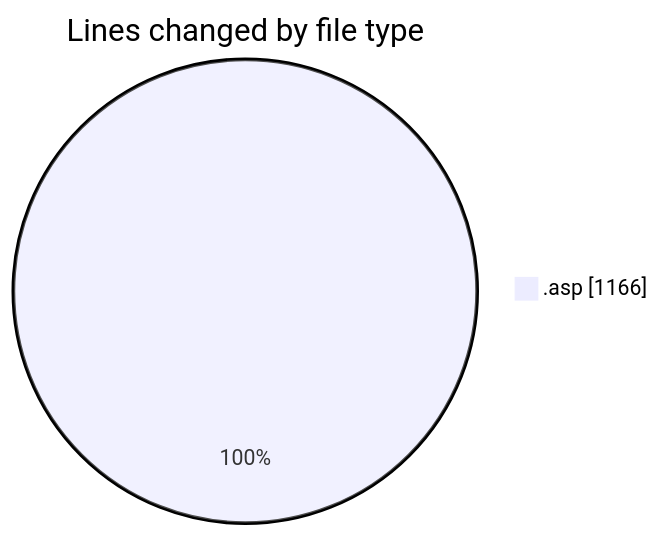
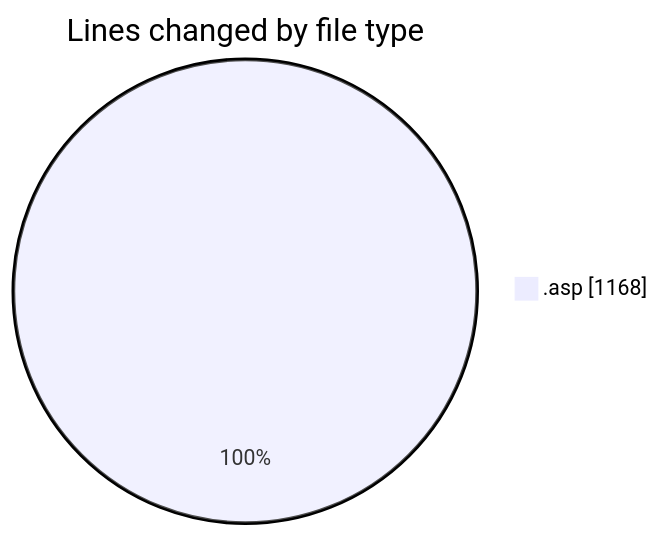
Before and after one commit to julien-gomy/code-tracking: the first of 2 diagrams in 2025-11-20/cdp_aleoudev_fr__workspace_/README.md, drawn with Mermaid. The commit also changed other lines of this file and 1 other file, not shown here.

````diff
--- a/2025-11-20/cdp_aleoudev_fr__workspace_/README.md
+++ b/2025-11-20/cdp_aleoudev_fr__workspace_/README.md
@@ -23,5 +23,5 @@
 ```mermaid
 pie showData
 title Lines changed by file type
-".asp" : 1166
+".asp" : 1168
 ```
````
